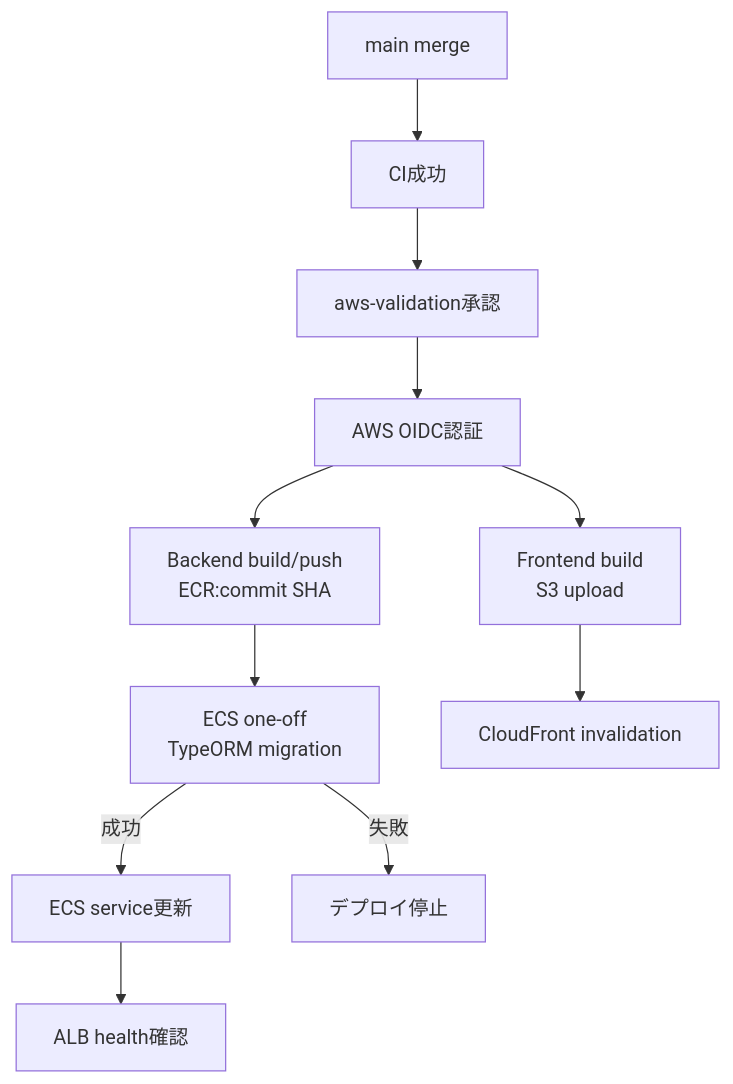
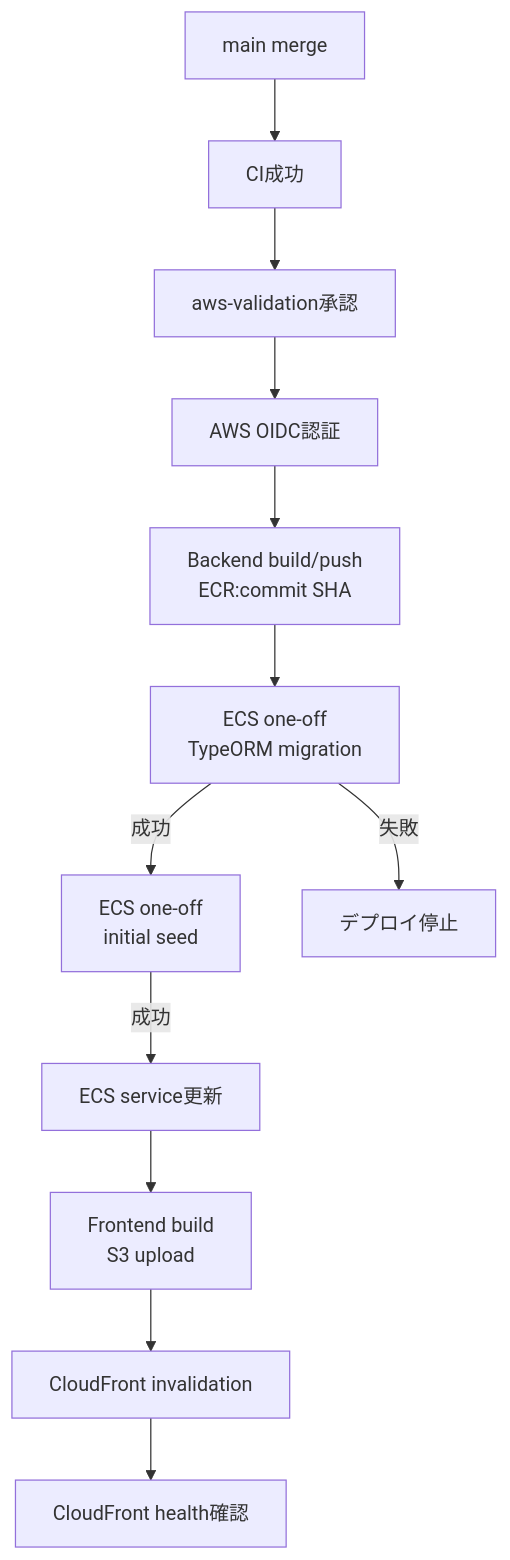
Before and after one commit to Hiroyuki-12/FieldFlow: the third of 3 diagrams in docs/design/ci-cd.md, drawn with Mermaid. The commit also changed other lines of this file and 45 other files, not shown here.

````diff
--- a/docs/design/ci-cd.md
+++ b/docs/design/ci-cd.md
@@ -98,13 +98,14 @@
 ```mermaid
 flowchart TD
     M[main merge] --> CI[CI成功]
     CI --> A[aws-validation承認]
     A --> OIDC[AWS OIDC認証]
     OIDC --> IMG["Backend build/push<br/>ECR:commit SHA"]
-    OIDC --> WEB["Frontend build<br/>S3 upload"]
     IMG --> MIG["ECS one-off<br/>TypeORM migration"]
-    MIG -->|成功| ECS[ECS service更新]
+    MIG -->|成功| SEED[ECS one-off<br/>initial seed]
+    SEED -->|成功| ECS[ECS service更新]
     MIG -->|失敗| STOP[デプロイ停止]
-    ECS --> HC[ALB health確認]
+    ECS --> WEB["Frontend build<br/>S3 upload"]
     WEB --> INV[CloudFront invalidation]
+    INV --> HC[CloudFront health確認]
 ```
````
